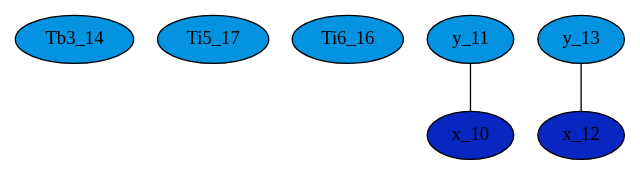
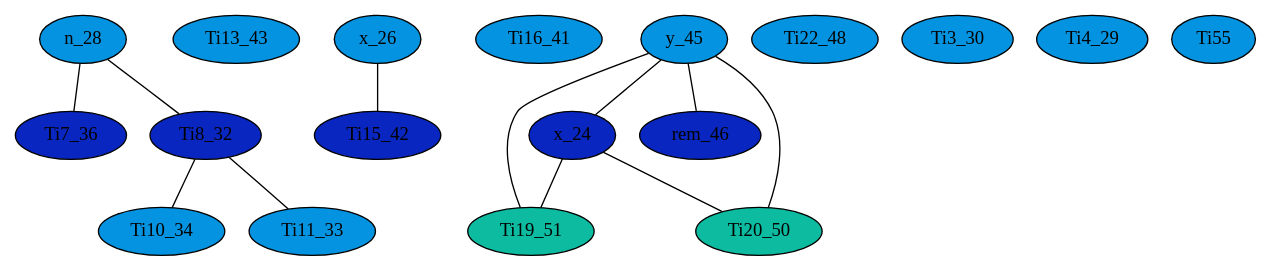
One commit to cpuex2019-1/compiler changed the diagram in igraph.dot. Above: the diagram before and after it, drawn with Graphviz. The commit also changed 7 other files, not shown here.

```diff
--- a/igraph.dot
+++ b/igraph.dot
@@ -1,14 +1,34 @@
 digraph G {
-  Tb3_14 [shape=ellipse, fillcolor="#0493E0", style="filled", ];
-  Ti5_17 [shape=ellipse, fillcolor="#0493E0", style="filled", ];
-  Ti6_16 [shape=ellipse, fillcolor="#0493E0", style="filled", ];
-  x_10 [shape=ellipse, fillcolor="#0927C0", style="filled", ];
-  x_12 [shape=ellipse, fillcolor="#0927C0", style="filled", ];
-  y_11 [shape=ellipse, fillcolor="#0493E0", style="filled", ];
-  y_13 [shape=ellipse, fillcolor="#0493E0", style="filled", ];
+  Ti10_34 [shape=ellipse, fillcolor="#0493E0", style="filled", ];
+  Ti11_33 [shape=ellipse, fillcolor="#0493E0", style="filled", ];
+  Ti13_43 [shape=ellipse, fillcolor="#0493E0", style="filled", ];
+  Ti15_42 [shape=ellipse, fillcolor="#0927C0", style="filled", ];
+  Ti16_41 [shape=ellipse, fillcolor="#0493E0", style="filled", ];
+  Ti19_51 [shape=ellipse, fillcolor="#0DBBA0", style="filled", ];
+  Ti20_50 [shape=ellipse, fillcolor="#0DBBA0", style="filled", ];
+  Ti22_48 [shape=ellipse, fillcolor="#0493E0", style="filled", ];
+  Ti3_30 [shape=ellipse, fillcolor="#0493E0", style="filled", ];
+  Ti4_29 [shape=ellipse, fillcolor="#0493E0", style="filled", ];
+  Ti55 [shape=ellipse, fillcolor="#0493E0", style="filled", ];
+  Ti7_36 [shape=ellipse, fillcolor="#0927C0", style="filled", ];
+  Ti8_32 [shape=ellipse, fillcolor="#0927C0", style="filled", ];
+  n_28 [shape=ellipse, fillcolor="#0493E0", style="filled", ];
+  rem_46 [shape=ellipse, fillcolor="#0927C0", style="filled", ];
+  x_24 [shape=ellipse, fillcolor="#0927C0", style="filled", ];
+  x_26 [shape=ellipse, fillcolor="#0493E0", style="filled", ];
+  y_45 [shape=ellipse, fillcolor="#0493E0", style="filled", ];
   
   
-  y_11 -> x_10 [dir=none, label="", ];
-  y_13 -> x_12 [dir=none, label="", ];
+  Ti8_32 -> Ti10_34 [dir=none, label="", ];
+  Ti8_32 -> Ti11_33 [dir=none, label="", ];
+  n_28 -> Ti7_36 [dir=none, label="", ];
+  n_28 -> Ti8_32 [dir=none, label="", ];
+  x_24 -> Ti19_51 [dir=none, label="", ];
+  x_24 -> Ti20_50 [dir=none, label="", ];
+  x_26 -> Ti15_42 [dir=none, label="", ];
+  y_45 -> Ti19_51 [dir=none, label="", ];
+  y_45 -> Ti20_50 [dir=none, label="", ];
+  y_45 -> rem_46 [dir=none, label="", ];
+  y_45 -> x_24 [dir=none, label="", ];
   
   }
```
